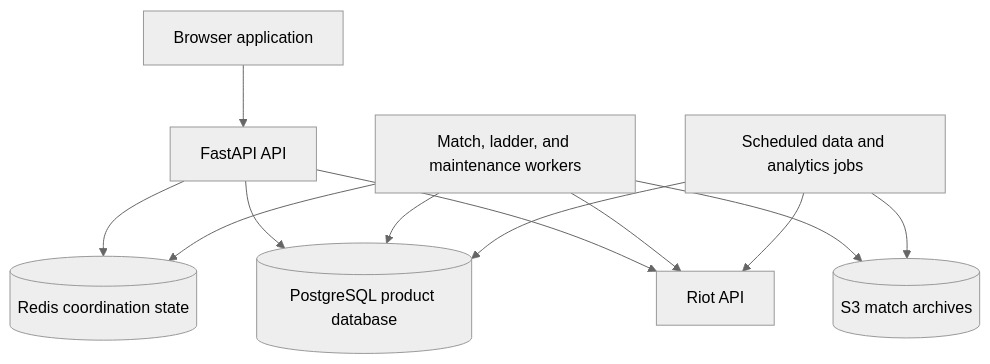
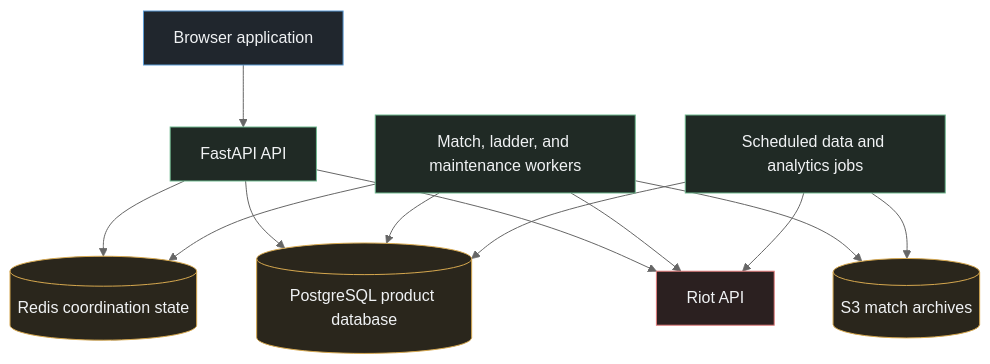
The first of 4 diagrams in docs/backend-runtime.md (winrates-gg/wrgg-public-documentation), drawn with Mermaid (neutral theme) before and after one commit. The commit also changed other lines of this file and 12 other files, not shown here.

````diff
--- a/docs/backend-runtime.md
+++ b/docs/backend-runtime.md
@@ -22,23 +26,33 @@
 ```mermaid
 flowchart TB
     Browser[Browser application]
     API[FastAPI API]
     Workers[Match, ladder, and maintenance workers]
     Jobs[Scheduled data and analytics jobs]
     Redis[(Redis coordination state)]
     Postgres[(PostgreSQL product database)]
     Archives[(S3 match archives)]
     Riot[Riot API]
 
     Browser --> API
     API --> Redis
     API --> Postgres
     API --> Riot
     Workers --> Redis
     Workers --> Postgres
     Workers --> Archives
     Workers --> Riot
     Jobs --> Postgres
     Jobs --> Archives
     Jobs --> Riot
+
+    classDef delivery fill:#20262d,stroke:#5b9bd5,color:#f0f2f4
+    classDef runtime fill:#202a25,stroke:#6fb98f,color:#f0f2f4
+    classDef durable fill:#2a261c,stroke:#d6a84f,color:#f0f2f4
+    classDef external fill:#2b2020,stroke:#e07a7a,color:#f0f2f4
+
+    class Browser delivery
+    class API,Workers,Jobs runtime
+    class Redis,Postgres,Archives durable
+    class Riot external
 ```
````
